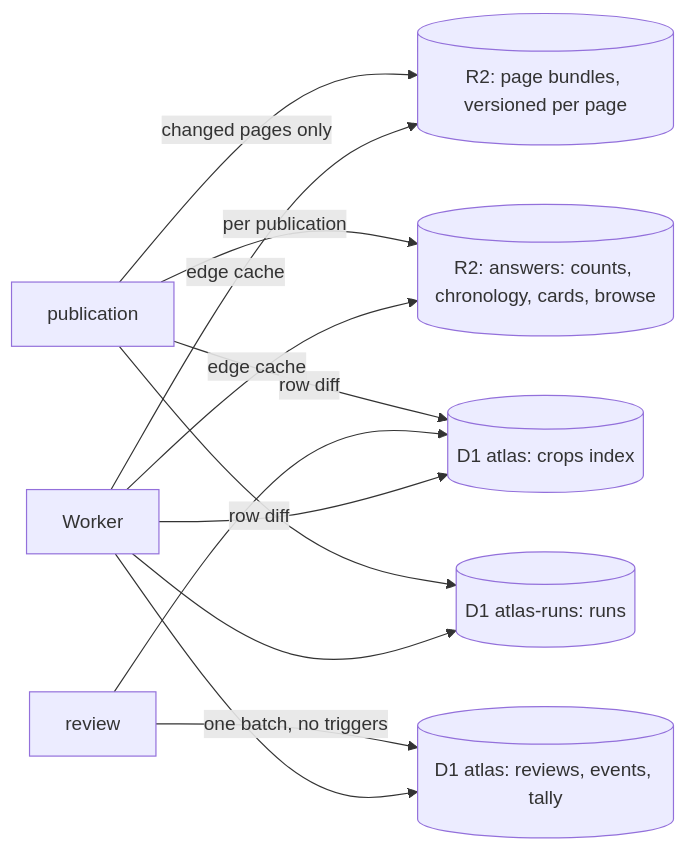
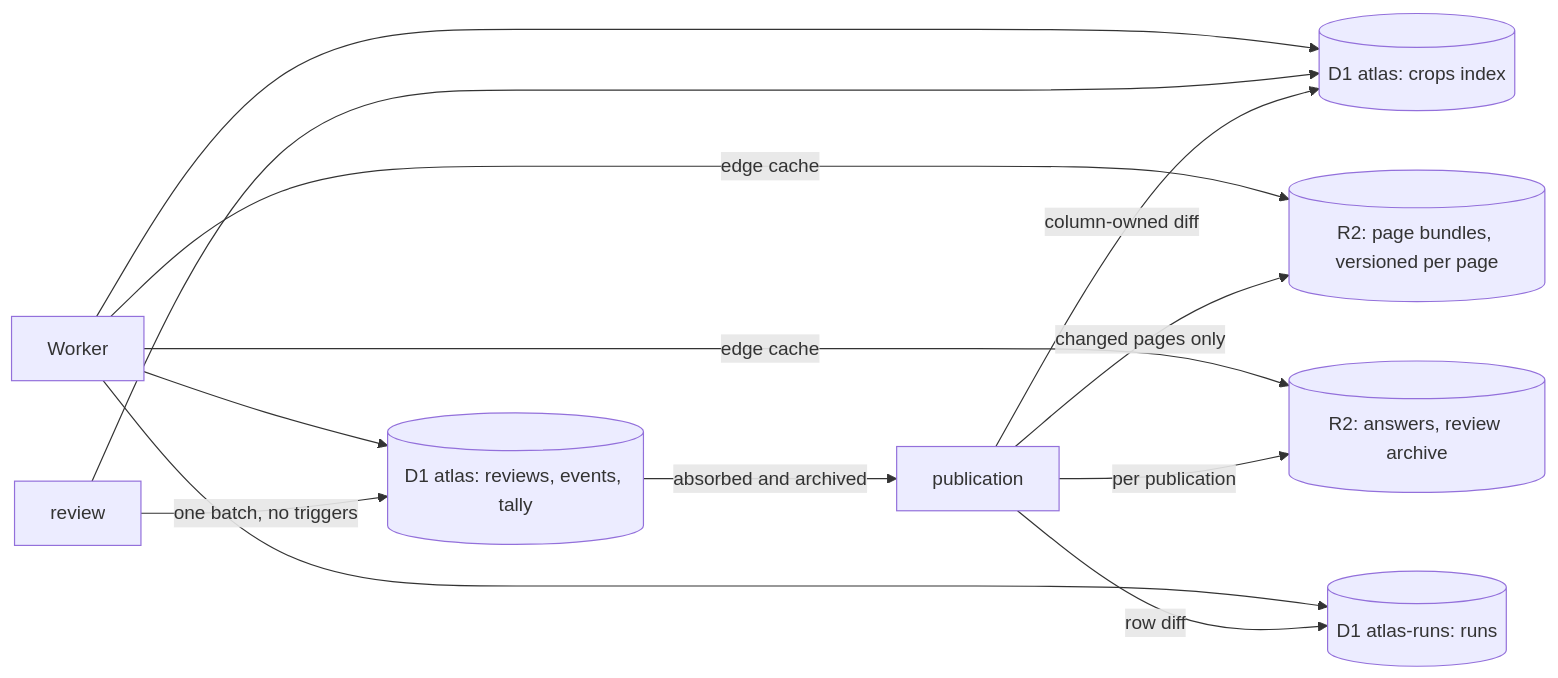
One commit to mkpoli/glyph-atlas changed the diagram in docs/decisions/0005-storage-rebuild.md. Above: the diagram before and after it, drawn with Mermaid. The commit also changed other lines of this file, not shown here.

````diff
--- a/docs/decisions/0005-storage-rebuild.md
+++ b/docs/decisions/0005-storage-rebuild.md
@@ -29,11 +30,12 @@
 ```mermaid
 flowchart LR
   P[publication] -->|changed pages only| B[(R2: page bundles, versioned per page)]
-  P -->|per publication| S[(R2: answers: counts, chronology, cards, browse)]
-  P -->|row diff| D[(D1 atlas: crops index)]
+  P -->|per publication| S[(R2: answers, review archive)]
+  P -->|column-owned diff| D[(D1 atlas: crops index)]
   P -->|row diff| N[(D1 atlas-runs: runs)]
   R[review] -->|one batch, no triggers| L[(D1 atlas: reviews, events, tally)]
   R --> D
+  L -->|absorbed and archived| P
   W[Worker] --> D & L & N
   W -->|edge cache| B & S
 ```
````
